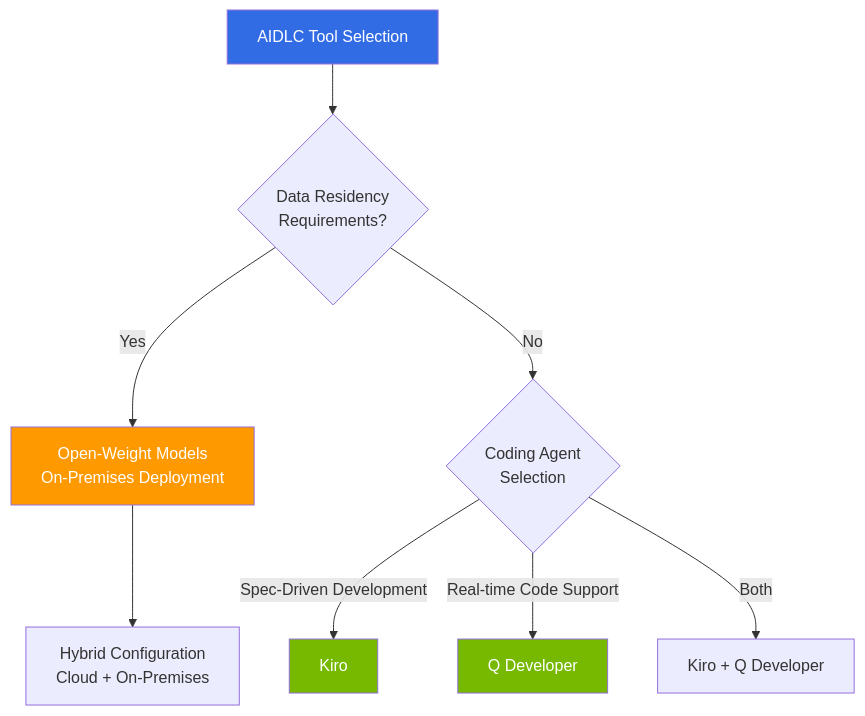
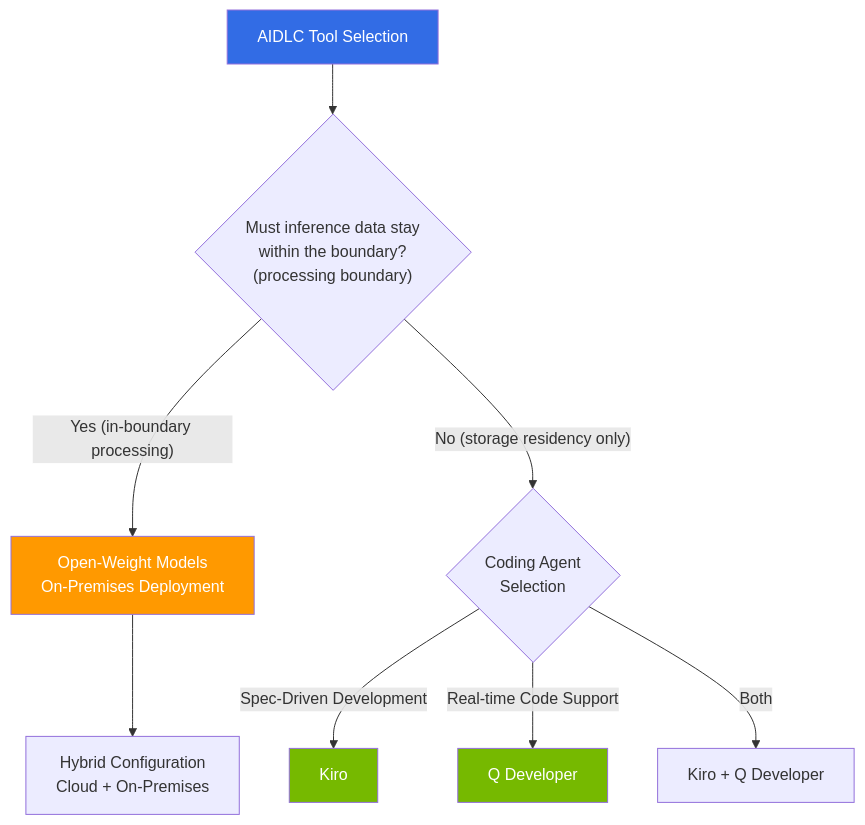
Before and after one commit to devfloor9/engineering-playbook: the diagram in docs/aidlc/toolchain/index.md, drawn with Mermaid. The commit also changed other lines of this file and 7 other files, not shown here.

````diff
--- a/docs/aidlc/toolchain/index.md
+++ b/docs/aidlc/toolchain/index.md
@@ -33,15 +33,15 @@
 ```mermaid
 flowchart TD
-    START["AIDLC Tool Selection"] --> Q1{"Data Residency<br/>Requirements?"}
-    Q1 -->|Yes| OW["Open-Weight Models<br/>On-Premises Deployment"]
-    Q1 -->|No| Q2{"Coding Agent<br/>Selection"}
+    START["AIDLC Tool Selection"] --> Q1{"Must inference data stay<br/>within the boundary?<br/>(processing boundary)"}
+    Q1 -->|"Yes (in-boundary processing)"| OW["Open-Weight Models<br/>On-Premises Deployment"]
+    Q1 -->|"No (storage residency only)"| Q2{"Coding Agent<br/>Selection"}
     Q2 -->|"Spec-Driven Development"| KIRO["Kiro"]
     Q2 -->|"Real-time Code Support"| QD["Q Developer"]
     Q2 -->|"Both"| BOTH["Kiro + Q Developer"]
     OW --> HYBRID["Hybrid Configuration<br/>Cloud + On-Premises"]
 
     style START fill:#326ce5,color:#fff
     style OW fill:#ff9900,color:#fff
     style KIRO fill:#76b900,color:#fff
     style QD fill:#76b900,color:#fff
 ```
````
